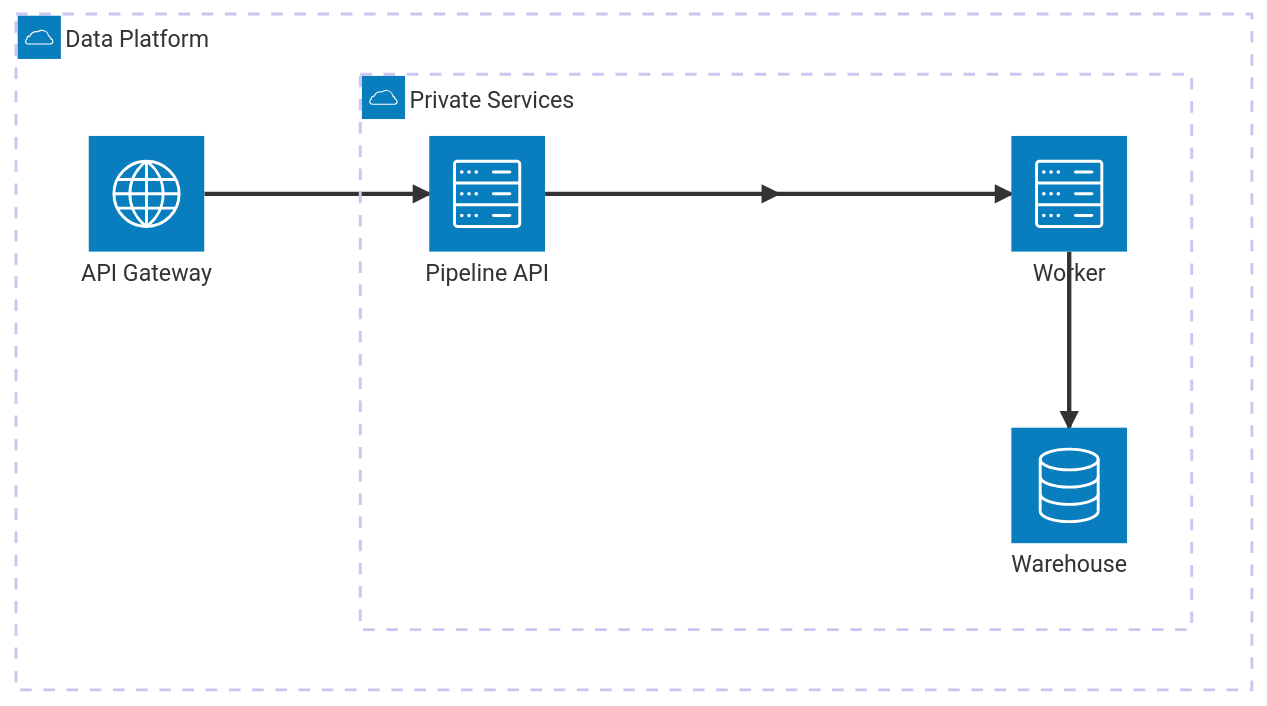
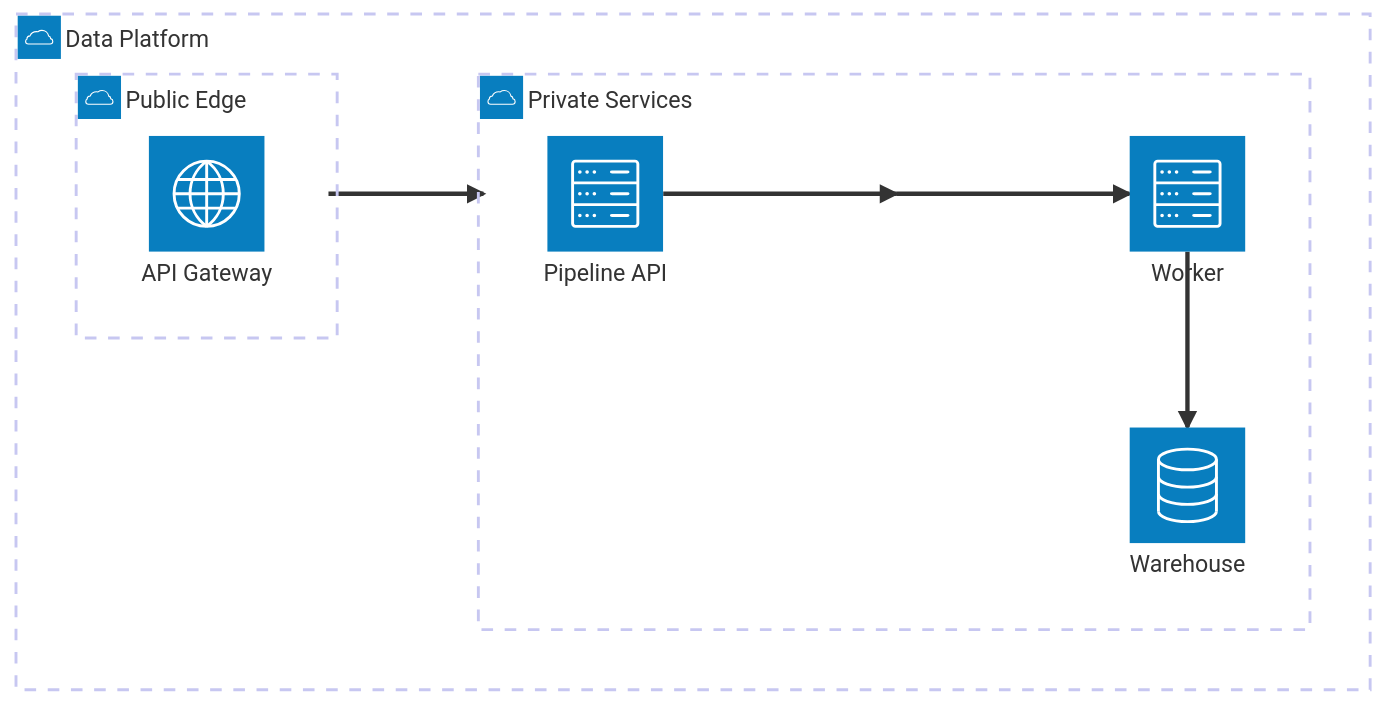
Before and after one commit to mols3131d/mols-agent-assets: the second of 5 diagrams in src/rulesync/.rulesync/skills/mols-mermaid-diagram/references/examples/architecture-diagram.md, drawn with Mermaid. The commit also changed other lines of this file and 27 other files, not shown here.

Commit message:
docs(mermaid): diagram examples 단계별 고도화

````diff
--- a/src/rulesync/.rulesync/skills/mols-mermaid-diagram/references/examples/architecture-diagram.md
+++ b/src/rulesync/.rulesync/skills/mols-mermaid-diagram/references/examples/architecture-diagram.md
@@ -23,16 +25,17 @@
 ```mermaid
 architecture-beta
     group platform(cloud)[Data Platform]
+    group public(cloud)[Public Edge] in platform
     group private(cloud)[Private Services] in platform
 
-    service gateway(internet)[API Gateway] in platform
+    service gateway(internet)[API Gateway] in public
     service api(server)[Pipeline API] in private
     service worker(server)[Worker] in private
     service warehouse(database)[Warehouse] in private
     junction dispatch in private
 
-    gateway:R --> L:api
+    gateway{group}:R --> L:api{group}
     api:R --> L:dispatch
     dispatch:R --> L:worker
     worker:B --> T:warehouse
 ```
````
